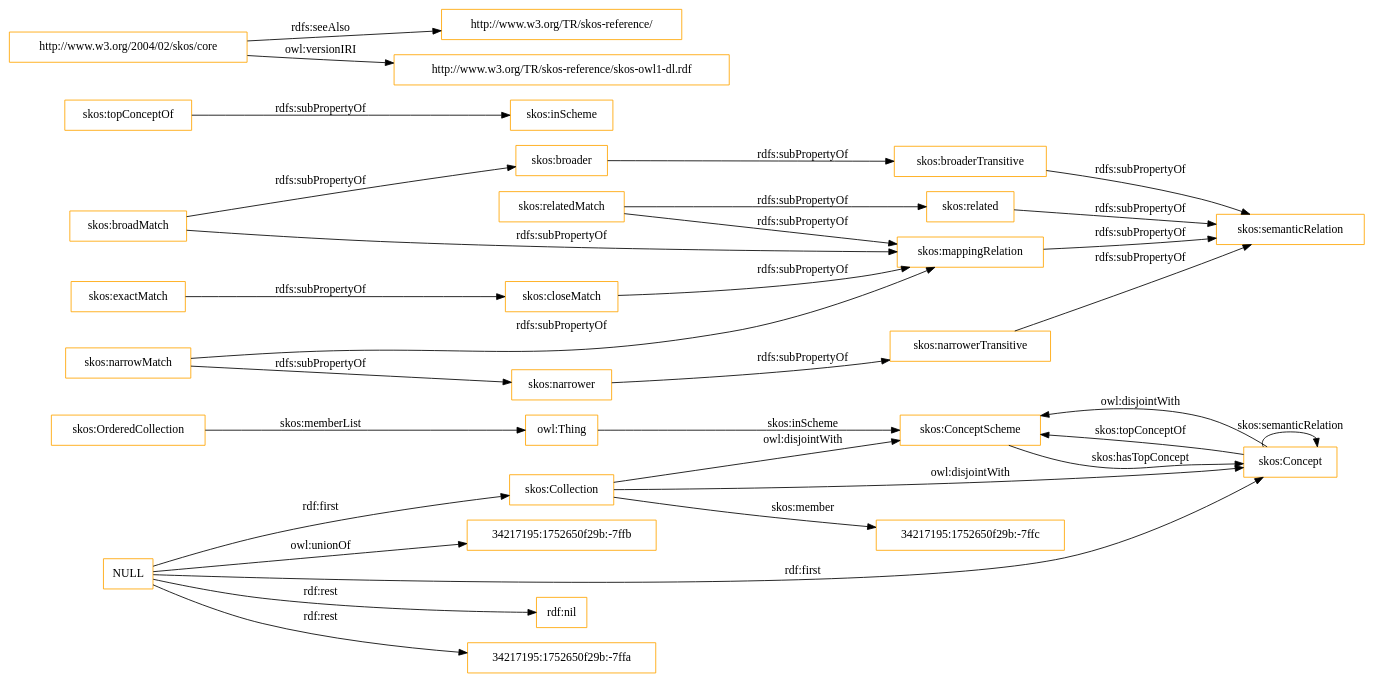
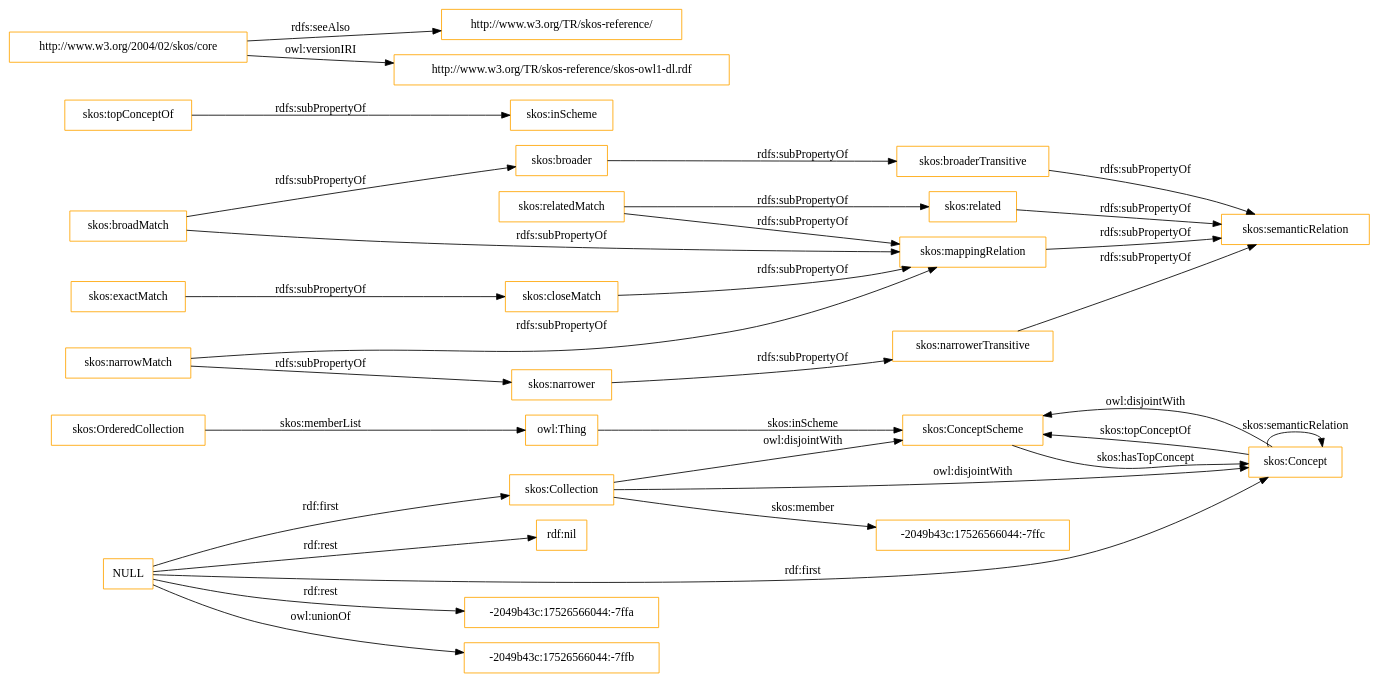
Before and after one commit to OnToologyUser/core-ontology-1: the diagram in OnToology/imports/skos.owl/diagrams/ar2dtool-class/skos.owl.png.dot, drawn with Graphviz. The commit also changed 14 other files, not shown here.

```diff
--- a/OnToology/imports/skos.owl/diagrams/ar2dtool-class/skos.owl.png.dot
+++ b/OnToology/imports/skos.owl/diagrams/ar2dtool-class/skos.owl.png.dot
@@ -1,37 +1,37 @@
 digraph ar2dtool_diagram { 
 rankdir=LR;
 size="1501"
-node [shape = rectangle, color="orange"]; "skos:OrderedCollection" "skos:ConceptScheme" "skos:Concept" "skos:Collection" "34217195:1752650f29b:-7ffc" ; /*classes style*/
+node [shape = rectangle, color="orange"]; "skos:OrderedCollection" "skos:ConceptScheme" "skos:Concept" "skos:Collection" "-2049b43c:17526566044:-7ffc" ; /*classes style*/
 	"skos:narrowerTransitive" -> "skos:semanticRelation" [ label = "rdfs:subPropertyOf" ];
+	"NULL" -> "-2049b43c:17526566044:-7ffa" [ label = "rdf:rest" ];
+	"NULL" -> "skos:Collection" [ label = "rdf:first" ];
+	"NULL" -> "-2049b43c:17526566044:-7ffb" [ label = "owl:unionOf" ];
 	"NULL" -> "rdf:nil" [ label = "rdf:rest" ];
 	"NULL" -> "skos:Concept" [ label = "rdf:first" ];
-	"NULL" -> "34217195:1752650f29b:-7ffa" [ label = "rdf:rest" ];
-	"NULL" -> "skos:Collection" [ label = "rdf:first" ];
-	"NULL" -> "34217195:1752650f29b:-7ffb" [ label = "owl:unionOf" ];
 	"skos:closeMatch" -> "skos:mappingRelation" [ label = "rdfs:subPropertyOf" ];
 	"skos:Concept" -> "skos:ConceptScheme" [ label = "owl:disjointWith" ];
 	"skos:relatedMatch" -> "skos:related" [ label = "rdfs:subPropertyOf" ];
 	"skos:relatedMatch" -> "skos:mappingRelation" [ label = "rdfs:subPropertyOf" ];
 	"skos:related" -> "skos:semanticRelation" [ label = "rdfs:subPropertyOf" ];
 	"skos:topConceptOf" -> "skos:inScheme" [ label = "rdfs:subPropertyOf" ];
 	"skos:broadMatch" -> "skos:mappingRelation" [ label = "rdfs:subPropertyOf" ];
 	"skos:broadMatch" -> "skos:broader" [ label = "rdfs:subPropertyOf" ];
 	"skos:exactMatch" -> "skos:closeMatch" [ label = "rdfs:subPropertyOf" ];
 	"skos:broaderTransitive" -> "skos:semanticRelation" [ label = "rdfs:subPropertyOf" ];
 	"skos:broader" -> "skos:broaderTransitive" [ label = "rdfs:subPropertyOf" ];
 	"skos:mappingRelation" -> "skos:semanticRelation" [ label = "rdfs:subPropertyOf" ];
 	"http://www.w3.org/2004/02/skos/core" -> "http://www.w3.org/TR/skos-reference/" [ label = "rdfs:seeAlso" ];
 	"http://www.w3.org/2004/02/skos/core" -> "http://www.w3.org/TR/skos-reference/skos-owl1-dl.rdf" [ label = "owl:versionIRI" ];
 	"skos:Collection" -> "skos:ConceptScheme" [ label = "owl:disjointWith" ];
 	"skos:Collection" -> "skos:Concept" [ label = "owl:disjointWith" ];
 	"skos:narrower" -> "skos:narrowerTransitive" [ label = "rdfs:subPropertyOf" ];
 	"skos:narrowMatch" -> "skos:narrower" [ label = "rdfs:subPropertyOf" ];
 	"skos:narrowMatch" -> "skos:mappingRelation" [ label = "rdfs:subPropertyOf" ];
 	"skos:OrderedCollection" -> "owl:Thing" [ label = "skos:memberList" ];
 	"skos:Concept" -> "skos:ConceptScheme" [ label = "skos:topConceptOf" ];
 	"skos:Concept" -> "skos:Concept" [ label = "skos:semanticRelation" ];
-	"skos:Collection" -> "34217195:1752650f29b:-7ffc" [ label = "skos:member" ];
+	"skos:Collection" -> "-2049b43c:17526566044:-7ffc" [ label = "skos:member" ];
 	"skos:ConceptScheme" -> "skos:Concept" [ label = "skos:hasTopConcept" ];
 	"owl:Thing" -> "skos:ConceptScheme" [ label = "skos:inScheme" ];
 
 }
```
